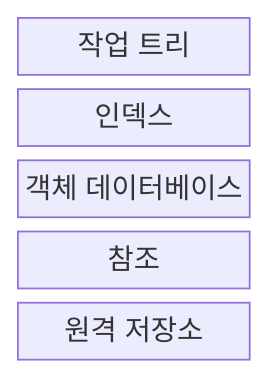
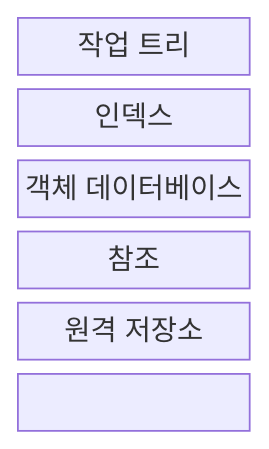
Before and after one commit to agnusdei1207/knowledge-base: the first of 2 diagrams in src/content/docs/notes/03-software/052_configuration_management_git.md, drawn with Mermaid. The commit also changed other lines of this file and 238 other files, not shown here.

````diff
--- a/src/content/docs/notes/03-software/052_configuration_management_git.md
+++ b/src/content/docs/notes/03-software/052_configuration_management_git.md
@@ -63,9 +63,11 @@
 ```mermaid
-block
+block-beta
   columns 1
   W["작업 트리"]
   I["인덱스"]
   O["객체 데이터베이스"]
   R["참조"]
   M["원격 저장소"]
+  W --- I --- O
+  O --- R --- M
 ```
````
